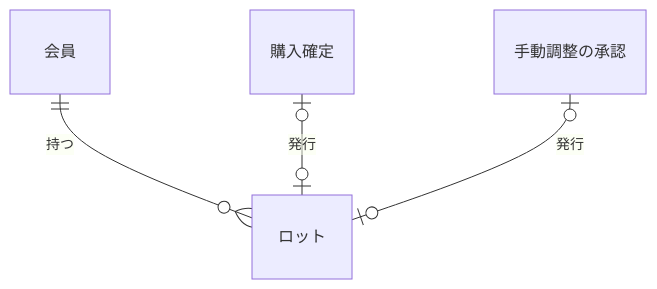
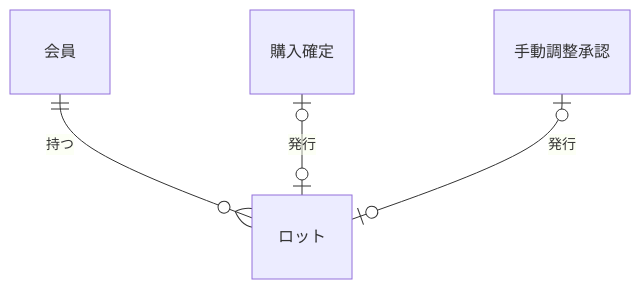
Before and after one commit to kasiopeiya/claude-dev-template: the third of 13 diagrams in samples/docs/requirements.md, drawn with Mermaid. The commit also changed other lines of this file, not shown here.

````diff
--- a/samples/docs/requirements.md
+++ b/samples/docs/requirements.md
@@ -262,10 +262,10 @@
 ```mermaid
 erDiagram
     MEMBER["会員"]
     LOT["ロット"]
     PURCHASE["購入確定"]
-    APPROVAL["手動調整の承認"]
+    APPROVAL["手動調整承認"]
     MEMBER ||--o{ LOT : 持つ
     PURCHASE |o--o| LOT : 発行
     APPROVAL |o--o| LOT : 発行
 ```
````
